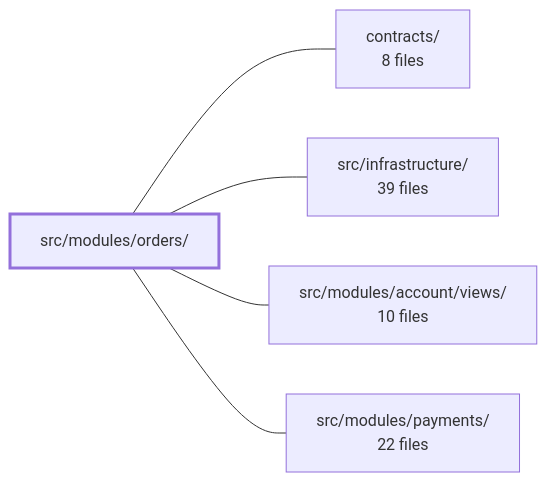
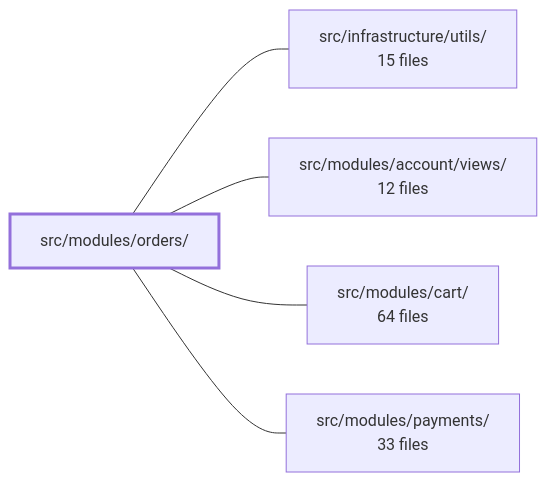
One commit to Guebbit/boilerplate-vue-frontend changed the diagram in .2brain/modules/boilerplate-vue-frontend_src_modules_orders.md. Above: the diagram before and after it, drawn with Mermaid. The commit also changed other lines of this file and 960 other files, not shown here.

````diff
--- a/.2brain/modules/boilerplate-vue-frontend_src_modules_orders.md
+++ b/.2brain/modules/boilerplate-vue-frontend_src_modules_orders.md
@@ -40,13 +40,13 @@
 ```mermaid
 flowchart LR
     m_src_modules_orders["src/modules/orders/"]
-    m_contracts["contracts/<br/>8 files"]
-    m_src_infrastructure["src/infrastructure/<br/>39 files"]
-    m_src_modules_account_views["src/modules/account/views/<br/>10 files"]
-    m_src_modules_payments["src/modules/payments/<br/>22 files"]
-    m_src_modules_orders --- m_contracts
-    m_src_modules_orders --- m_src_infrastructure
+    m_src_infrastructure_utils["src/infrastructure/utils/<br/>15 files"]
+    m_src_modules_account_views["src/modules/account/views/<br/>12 files"]
+    m_src_modules_cart["src/modules/cart/<br/>64 files"]
+    m_src_modules_payments["src/modules/payments/<br/>33 files"]
+    m_src_modules_orders --- m_src_infrastructure_utils
     m_src_modules_orders --- m_src_modules_account_views
+    m_src_modules_orders --- m_src_modules_cart
     m_src_modules_orders --- m_src_modules_payments
     style m_src_modules_orders stroke-width:3px
 ```
````
